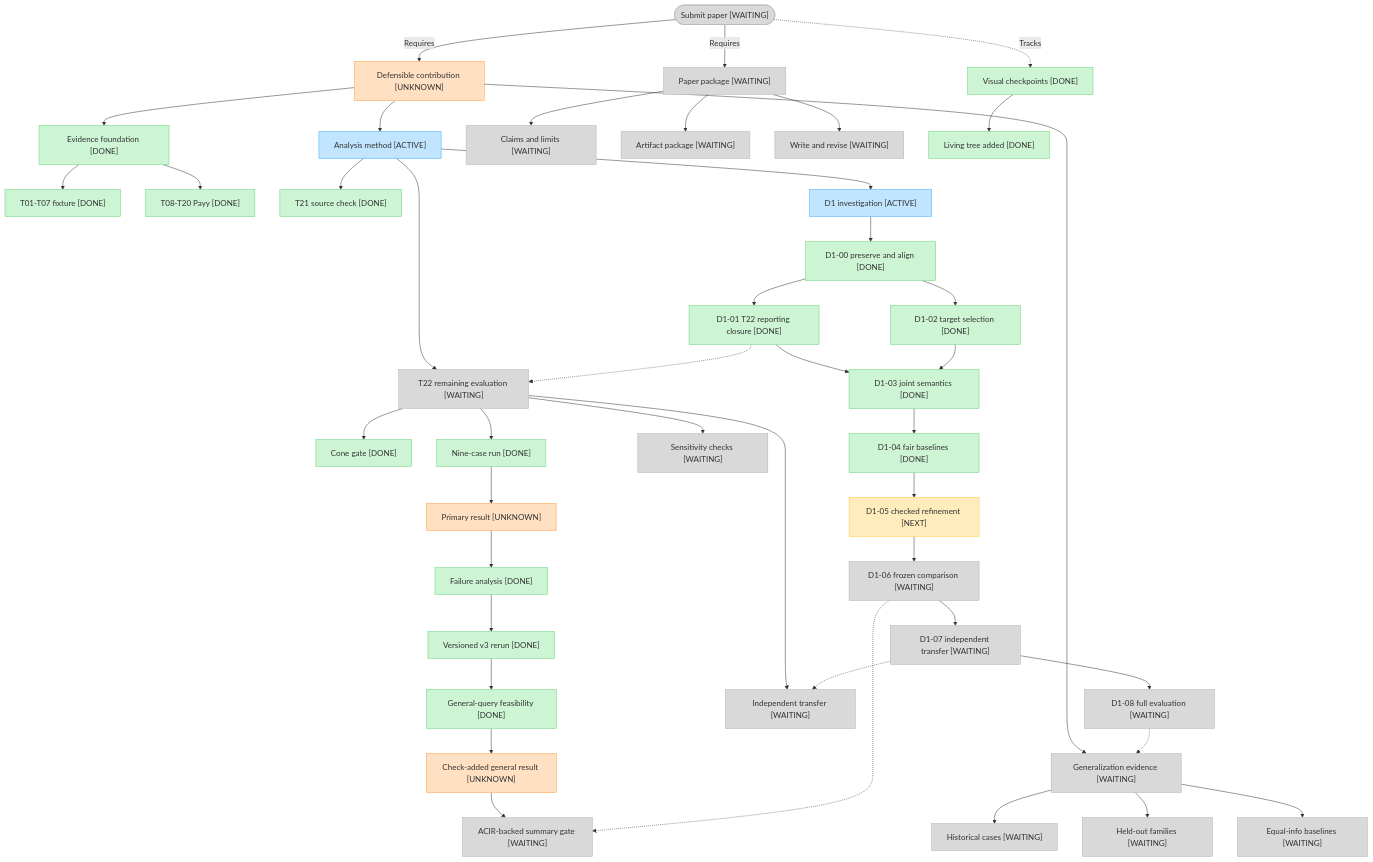
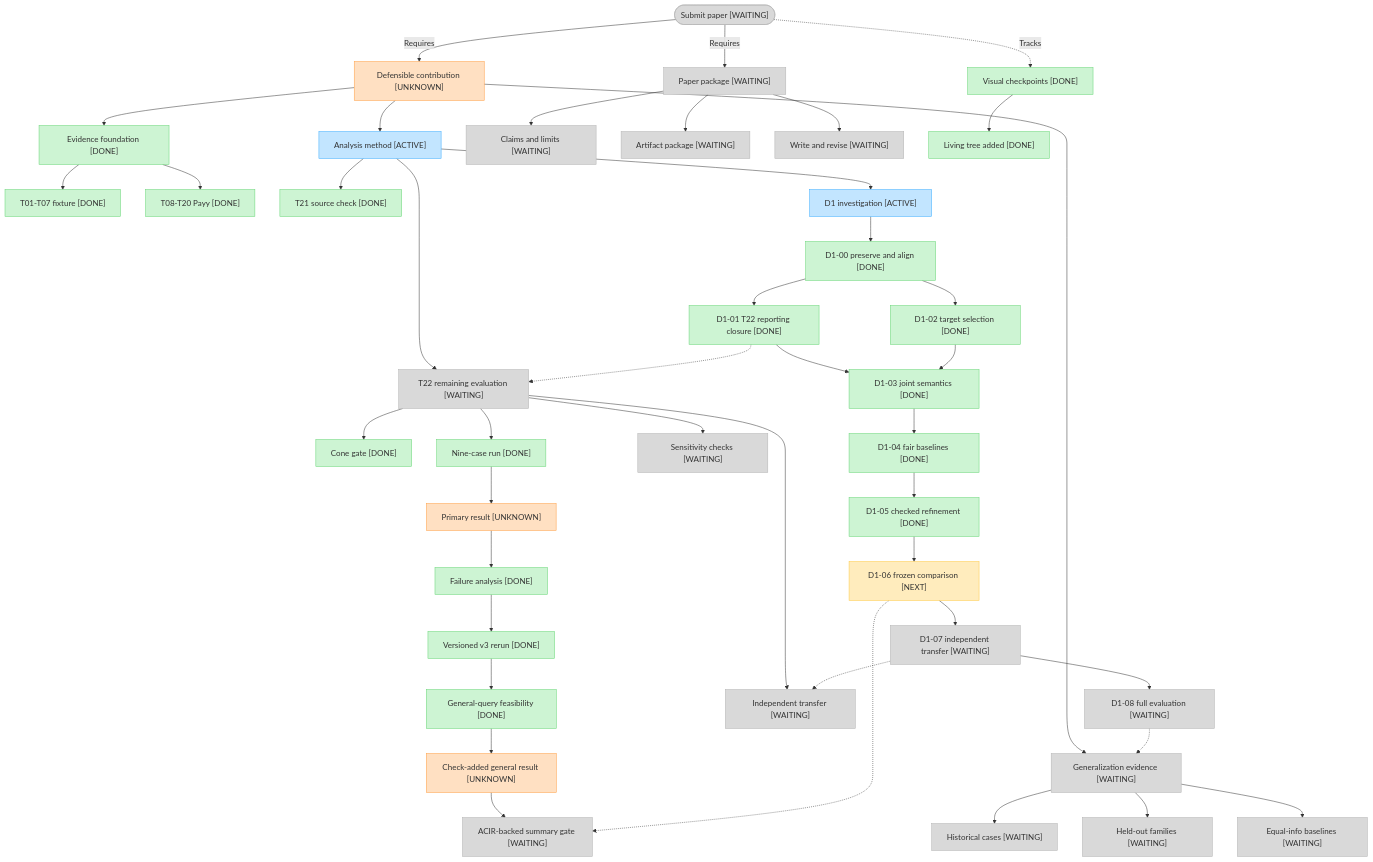
One commit to imranpollob/BindCheck changed the diagram in docs/project-status.md. Above: the diagram before and after it, drawn with Mermaid. The commit also changed other lines of this file and 9 other files, not shown here.

````diff
--- a/docs/project-status.md
+++ b/docs/project-status.md
@@ -16,66 +16,66 @@
 ```mermaid
 flowchart TD
     submit(["Submit paper [WAITING]"])
     contribution["Defensible contribution [UNKNOWN]"]
     submit -->|"Requires"| contribution
     submit -->|"Requires"| manuscript["Paper package [WAITING]"]
     submit -.->|"Tracks"| tracking["Visual checkpoints [DONE]"]
 
     contribution --> foundation["Evidence foundation [DONE]"]
     contribution --> analysis["Analysis method [ACTIVE]"]
     contribution --> evaluation["Generalization evidence [WAITING]"]
 
     foundation --> fixture["T01-T07 fixture [DONE]"]
     foundation --> payy["T08-T20 Payy [DONE]"]
 
     analysis --> sourceCheck["T21 source check [DONE]"]
     analysis --> t22["T22 remaining evaluation [WAITING]"]
     t22 --> coneGate["Cone gate [DONE]"]
     t22 --> nineCases["Nine-case run [DONE]"]
     nineCases --> primaryResult["Primary result [UNKNOWN]"]
     primaryResult --> failureAnalysis["Failure analysis [DONE]"]
     failureAnalysis --> v3Rerun["Versioned v3 rerun [DONE]"]
     v3Rerun --> generalGate["General-query feasibility [DONE]"]
     generalGate --> generalResult["Check-added general result [UNKNOWN]"]
     generalResult --> acirSummary["ACIR-backed summary gate [WAITING]"]
     t22 --> transferCase["Independent transfer [WAITING]"]
     t22 --> sensitivity["Sensitivity checks [WAITING]"]
 
     analysis --> d1["D1 investigation [ACTIVE]"]
     d1 --> d100["D1-00 preserve and align [DONE]"]
     d100 --> d101["D1-01 T22 reporting closure [DONE]"]
     d100 --> d102["D1-02 target selection [DONE]"]
     d101 --> d103["D1-03 joint semantics [DONE]"]
     d102 --> d103
     d103 --> d104["D1-04 fair baselines [DONE]"]
-    d104 --> d105["D1-05 checked refinement [NEXT]"]
-    d105 --> d106["D1-06 frozen comparison [WAITING]"]
+    d104 --> d105["D1-05 checked refinement [DONE]"]
+    d105 --> d106["D1-06 frozen comparison [NEXT]"]
     d106 --> d107["D1-07 independent transfer [WAITING]"]
     d107 --> d108["D1-08 full evaluation [WAITING]"]
     d101 -.-> t22
     d106 -.-> acirSummary
     d107 -.-> transferCase
     d108 -.-> evaluation
 
     evaluation --> history["Historical cases [WAITING]"]
     evaluation --> heldOut["Held-out families [WAITING]"]
     evaluation --> baselines["Equal-info baselines [WAITING]"]
 
     manuscript --> claims["Claims and limits [WAITING]"]
     manuscript --> artifacts["Artifact package [WAITING]"]
     manuscript --> draft["Write and revise [WAITING]"]
 
     tracking --> livingTree["Living tree added [DONE]"]
 
     classDef done fill:#CDF4D3,stroke:#66D575
     classDef active fill:#C2E5FF,stroke:#3DADFF
     classDef next fill:#FFECBD,stroke:#FFC943
     classDef waiting fill:#D9D9D9,stroke:#B3B3B3
     classDef unknown fill:#FFE0C2,stroke:#FF9E42
 
-    class foundation,fixture,payy,sourceCheck,coneGate,nineCases,failureAnalysis,v3Rerun,generalGate,tracking,livingTree,d100,d101,d102,d103,d104 done
+    class foundation,fixture,payy,sourceCheck,coneGate,nineCases,failureAnalysis,v3Rerun,generalGate,tracking,livingTree,d100,d101,d102,d103,d104,d105 done
     class analysis,d1 active
-    class evaluation,history,heldOut,baselines,manuscript,claims,artifacts,draft,transferCase,sensitivity,submit,t22,acirSummary,d106,d107,d108 waiting
-    class d105 next
+    class evaluation,history,heldOut,baselines,manuscript,claims,artifacts,draft,transferCase,sensitivity,submit,t22,acirSummary,d107,d108 waiting
+    class d106 next
     class contribution,primaryResult,generalResult unknown
 ```
````
